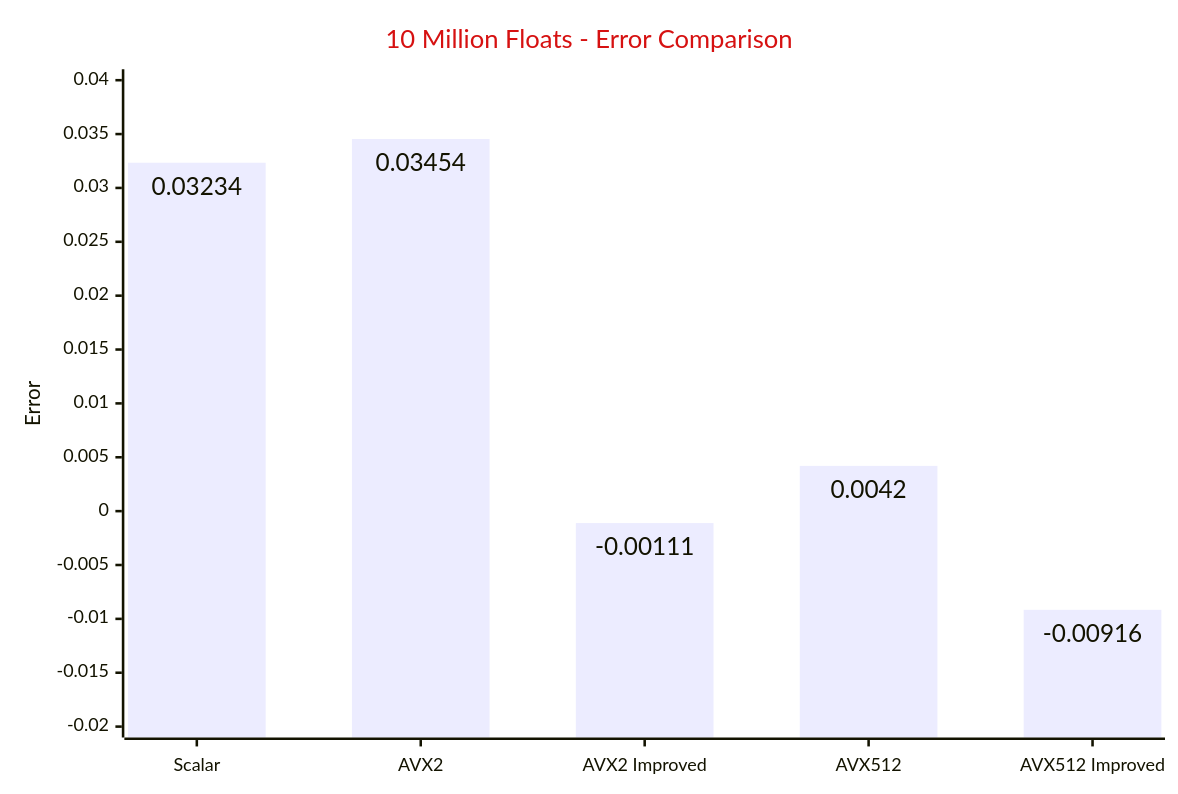
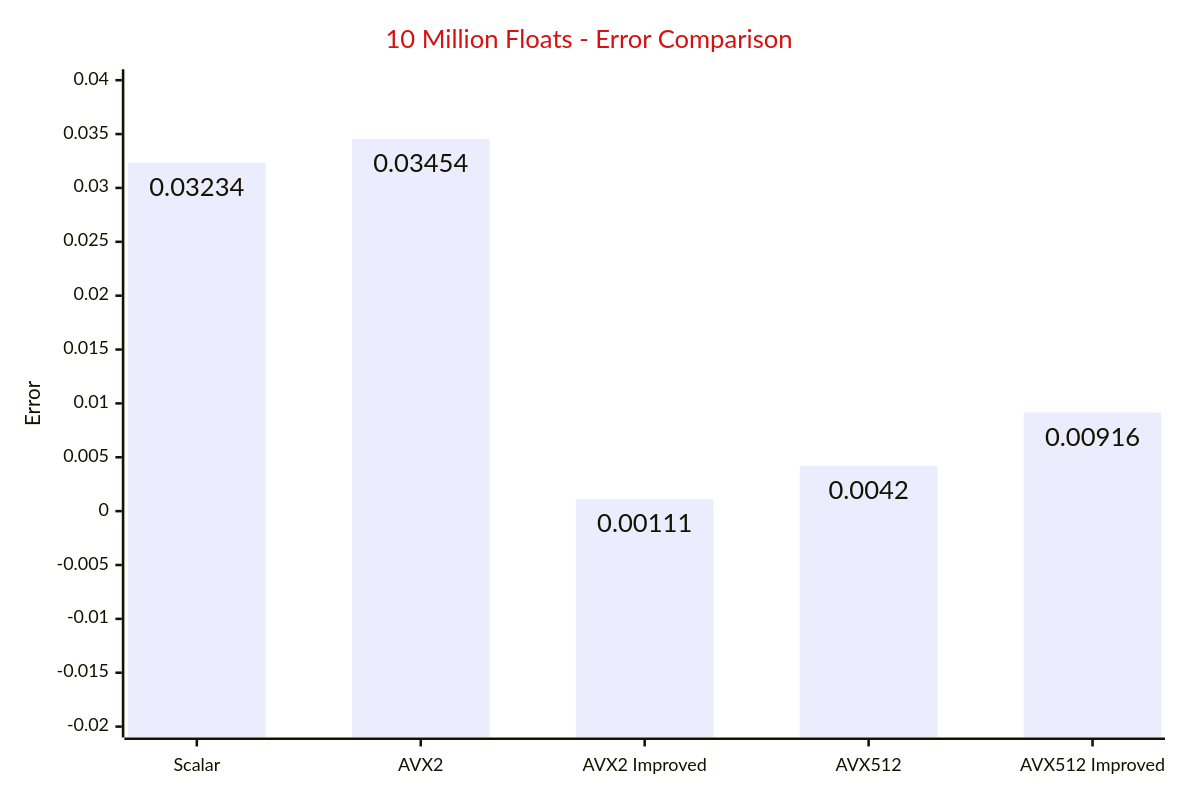
Before and after one commit to Firecon/c-intrinsic-test: the fourth of 6 diagrams in README.md, drawn with Mermaid. The commit also changed other lines of this file, not shown here.

````diff
--- a/README.md
+++ b/README.md
@@ -89,17 +89,17 @@
 ```mermaid
 ---
 config:
     xyChart:
         width: 900
         height: 600
         showDataLabel: true
     themeVariables:
         xyChart:
             titleColor: "#d61111ff"
 ---
 xychart-beta
     title "10 Million Floats - Error Comparison"
     x-axis ["Scalar", "AVX2", "AVX2 Improved", "AVX512", "AVX512 Improved"]
     y-axis "Error" -0.02 --> 0.04
-    bar [0.03234, 0.03454, -0.00111, 0.00420, -0.00916]
+    bar [0.03234, 0.03454, 0.00111, 0.00420, 0.00916]
 ```
````
